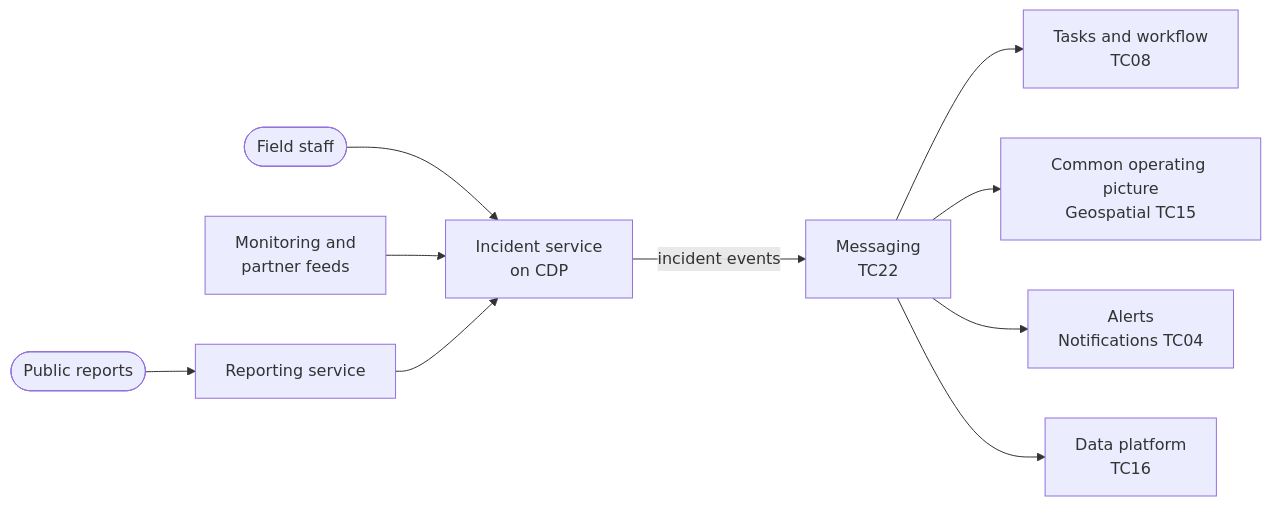
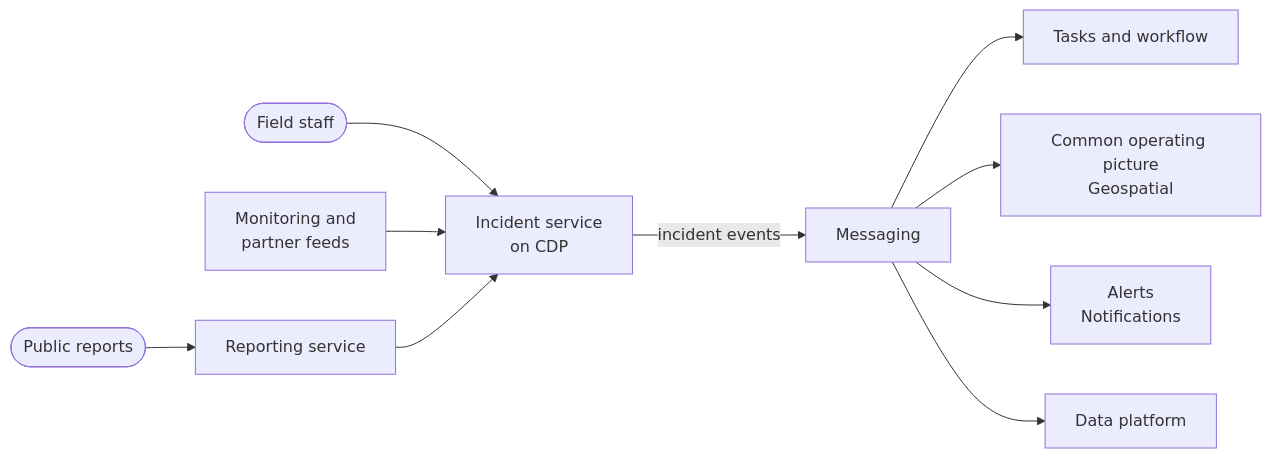
The diagram in docs/handrail/reference-architectures/incident-response.md (DEFRA/architecture), drawn with Mermaid before and after one commit. The commit also changed other lines of this file and 33 other files, not shown here.

````diff
--- a/docs/handrail/reference-architectures/incident-response.md
+++ b/docs/handrail/reference-architectures/incident-response.md
@@ -18,14 +18,14 @@
 ```mermaid
 flowchart LR
     accTitle: Proposed incident response reference architecture
     accDescr: Reports arrive from the public through a reporting service, from staff in the field, and from monitoring and partner feeds. An incident service on the Core Delivery Platform records and triages them, and publishes events. Responders coordinate tasks through case and workflow, see a common operating picture on a map from geospatial services, and send alerts through notifications. Data flows to the data platform for reporting and lessons learned.
     PUB(["Public reports"]) --> REP["Reporting service"]
     FIELD(["Field staff"]) --> INC
     MON["Monitoring and<br/>partner feeds"] --> INC
     REP --> INC["Incident service<br/>on CDP"]
-    INC -->|"incident events"| MSG["Messaging<br/>TC22"]
-    MSG --> CASE["Tasks and workflow<br/>TC08"]
-    MSG --> MAP["Common operating picture<br/>Geospatial TC15"]
-    MSG --> NOT["Alerts<br/>Notifications TC04"]
-    MSG --> DP["Data platform<br/>TC16"]
+    INC -->|"incident events"| MSG["Messaging"]
+    MSG --> CASE["Tasks and workflow"]
+    MSG --> MAP["Common operating picture<br/>Geospatial"]
+    MSG --> NOT["Alerts<br/>Notifications"]
+    MSG --> DP["Data platform"]
 ```
````
